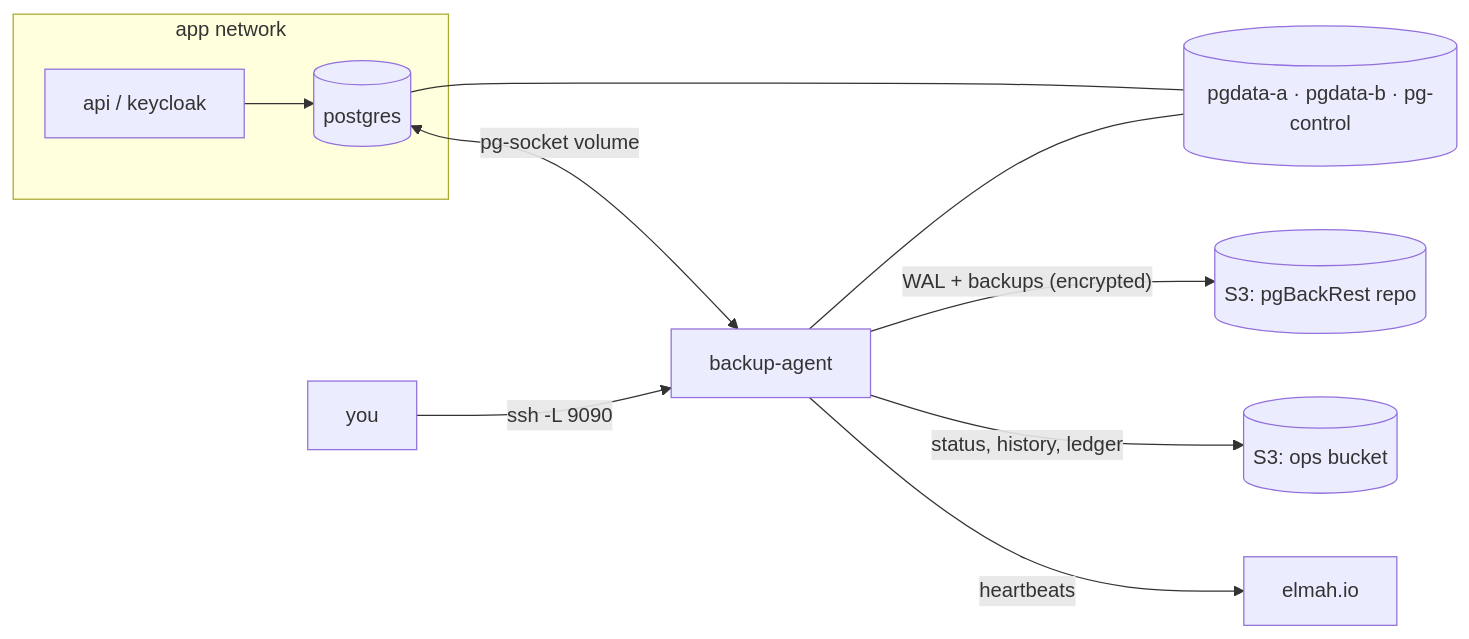
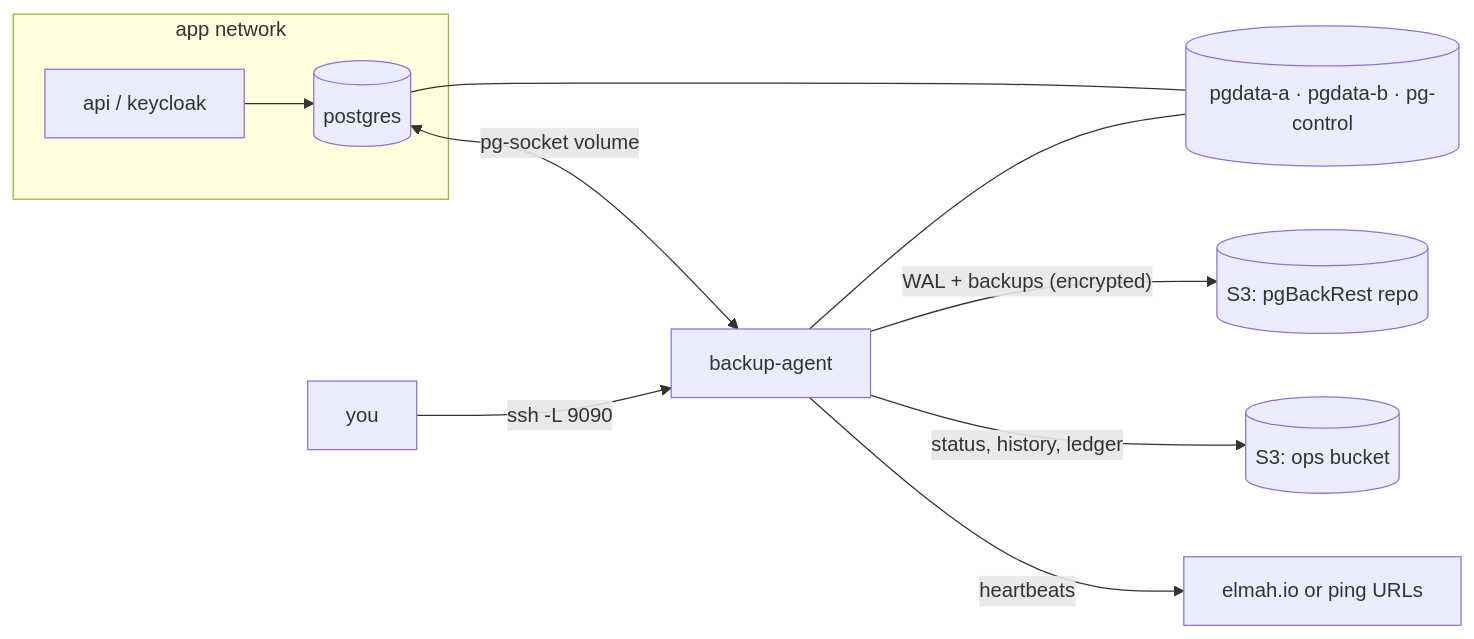
The diagram in infrastructure/backup-agent/README.md (NielsPilgaard/Skoleoverblikket), drawn with Mermaid before and after one commit. The commit also changed other lines of this file and 14 other files, not shown here.

````diff
--- a/infrastructure/backup-agent/README.md
+++ b/infrastructure/backup-agent/README.md
@@ -27,13 +27,13 @@
 ```mermaid
 flowchart LR
   subgraph app["app network"]
     api["api / keycloak"] --> pg[("postgres")]
   end
   pg <-- "pg-socket volume" --> agent["backup-agent"]
   pg --- vols[("pgdata-a · pgdata-b · pg-control")]
   agent --- vols
   agent -- "WAL + backups (encrypted)" --> repo[("S3: pgBackRest repo")]
   agent -- "status, history, ledger" --> ops[("S3: ops bucket")]
-  agent -- "heartbeats" --> elmah["elmah.io"]
+  agent -- "heartbeats" --> elmah["elmah.io or ping URLs"]
   you["you"] -- "ssh -L 9090" --> agent
 ```
````
